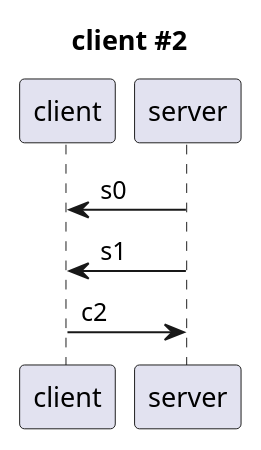
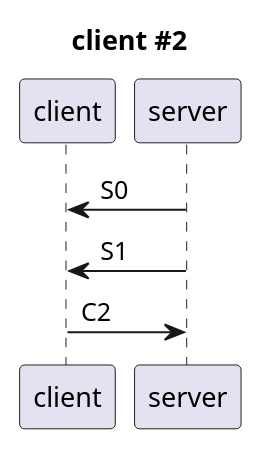
Before and after one commit to ejb-castis/rtmp-module-dev: the second of 5 diagrams in doc/rtmp.md, drawn with PlantUML. The commit also changed other lines of this file and 9 other files, not shown here.

````diff
--- a/doc/rtmp.md
+++ b/doc/rtmp.md
@@ -75,6 +73,6 @@
 ```puml
 title : client #2
-client <- server : s0
-client <- server : s1
-client -> server : c2
+client <- server : S0
+client <- server : S1
+client -> server : C2
 ```
````
